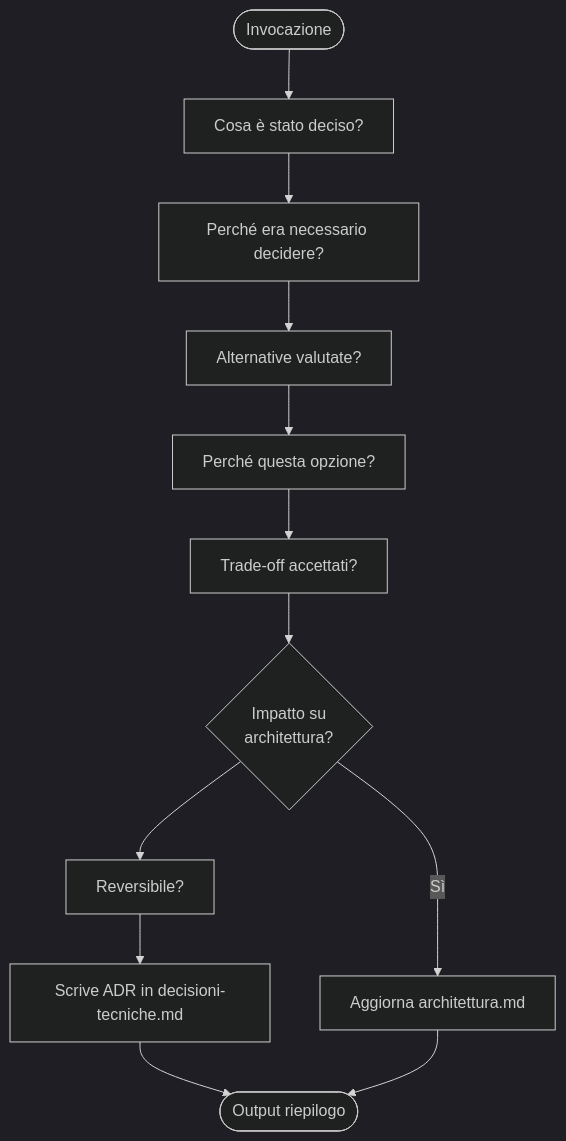
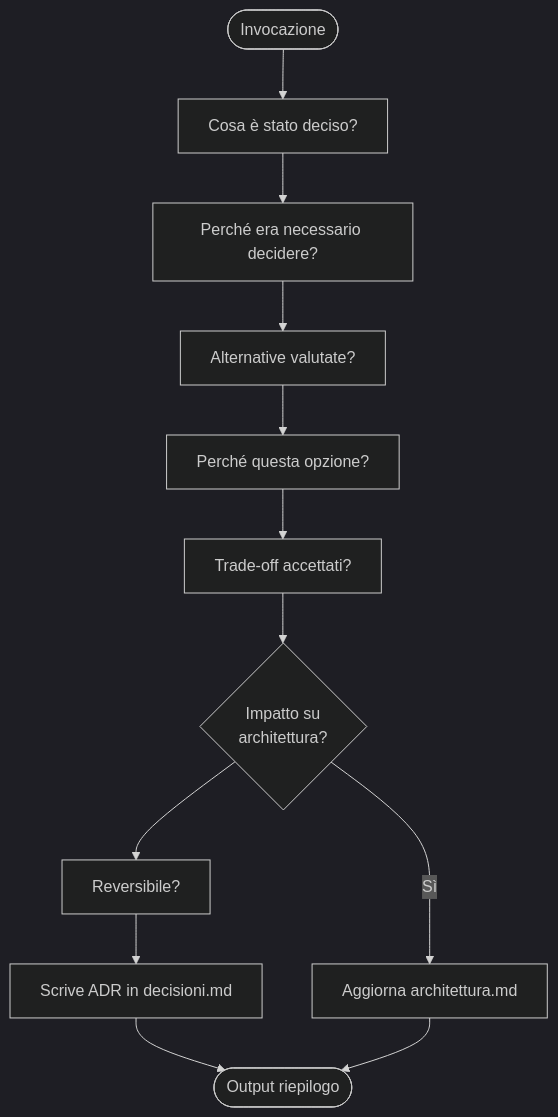
Before and after one commit to SimoneBriganteLaif/SimoneAI: the sixth of 10 diagrams in docs/skills.md, drawn with Mermaid (dark theme). The commit also changed other lines of this file and 45 other files, not shown here.

````diff
--- a/docs/skills.md
+++ b/docs/skills.md
@@ -209,14 +209,14 @@
 ```mermaid
 flowchart TD
     START([Invocazione]) --> Q1[Cosa è stato deciso?]
     Q1 --> Q2[Perché era necessario decidere?]
     Q2 --> Q3[Alternative valutate?]
     Q3 --> Q4[Perché questa opzione?]
     Q4 --> Q5[Trade-off accettati?]
     Q5 --> Q6{Impatto su\narchitettura?}
     Q6 --> Q7[Reversibile?]
-    Q7 --> WRITE[Scrive ADR in decisioni-tecniche.md]
+    Q7 --> WRITE[Scrive ADR in decisioni.md]
     Q6 -->|Sì| UPDATE[Aggiorna architettura.md]
     WRITE --> DONE([Output riepilogo])
     UPDATE --> DONE
 ```
````
